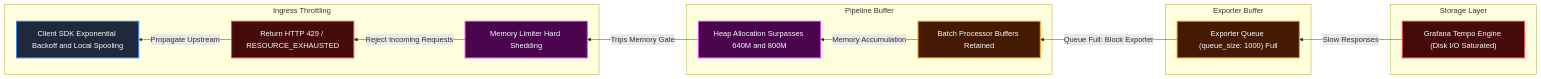
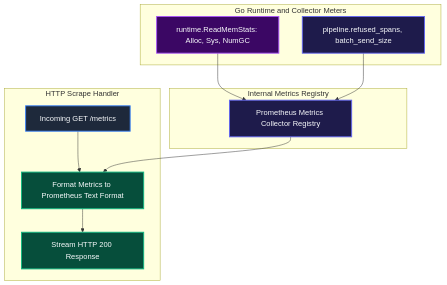
Before and after one commit to Chief-Strategist-J/llm-obs-infra: diagram 18 of 22 in docs/configDoc/otel-collector-configuration-guide.md, drawn with Mermaid. The commit also changed other lines of this file, not shown here.

First line of the commit message:
docs(otel-collector): complete all 40 parameters and add HLD/LLD designs across every section

````diff
--- a/docs/configDoc/otel-collector-configuration-guide.md
+++ b/docs/configDoc/otel-collector-configuration-guide.md
@@ -1104,36 +1557,26 @@
 ```mermaid
-graph RL
-    subgraph DownstreamStorage ["Storage Layer"]
-        TempoEngine["Grafana Tempo Engine (Disk I/O Saturated)"]
+graph TD
+    subgraph RuntimeMeters ["Go Runtime and Collector Meters"]
+        HeapGauge["runtime.ReadMemStats: Alloc, Sys, NumGC"]
+        SpanCounters["pipeline.refused_spans, batch_send_size"]
     end
 
-    subgraph ExporterQueue ["Exporter Buffer"]
-        SendingQueue["Exporter Queue (queue_size: 1000) Full"]
+    subgraph OpenTelemetryMetricsRegistry ["Internal Metrics Registry"]
+        Registry["Prometheus Metrics Collector Registry"]
+        HeapGauge --> Registry
+        SpanCounters --> Registry
     end
 
-    subgraph PipelineStall ["Pipeline Buffer"]
-        BatchStall["Batch Processor Buffers Retained"]
-        MemGrow["Heap Allocation Surpasses 640M and 800M"]
+    subgraph HTTPScrapeEndpoint ["HTTP Scrape Handler"]
+        ScrapeReq["Incoming GET /metrics"] --> Formatter["Format Metrics to Prometheus Text Format"]
+        Registry --> Formatter
+        Formatter --> StreamResp["Stream HTTP 200 Response"]
     end
 
-    subgraph IngressBackpressure ["Ingress Throttling"]
-        LimiterBlock["Memory Limiter Hard Shedding"]
-        HTTP429["Return HTTP 429 / RESOURCE_EXHAUSTED"]
-        ClientBackoff["Client SDK Exponential Backoff and Local Spooling"]
-    end
-
-    TempoEngine -->|Slow Responses| SendingQueue
-    SendingQueue -->|Queue Full: Block Exporter| BatchStall
-    BatchStall -->|Memory Accumulation| MemGrow
-    MemGrow -->|Trips Memory Gate| LimiterBlock
-    LimiterBlock -->|Reject Incoming Requests| HTTP429
-    HTTP429 -->|Propagate Upstream| ClientBackoff
-
-    style TempoEngine fill:#450a0a,stroke:#ef4444,stroke-width:2px,color:#f8fafc
-    style SendingQueue fill:#451a03,stroke:#f59e0b,stroke-width:2px,color:#f8fafc
-    style BatchStall fill:#451a03,stroke:#f59e0b,stroke-width:2px,color:#f8fafc
-    style MemGrow fill:#4a044e,stroke:#d946ef,stroke-width:2px,color:#f8fafc
-    style LimiterBlock fill:#4a044e,stroke:#d946ef,stroke-width:2px,color:#f8fafc
-    style HTTP429 fill:#450a0a,stroke:#ef4444,stroke-width:2px,color:#f8fafc
-    style ClientBackoff fill:#1e293b,stroke:#3b82f6,stroke-width:2px,color:#f8fafc
+    style HeapGauge fill:#3b0764,stroke:#a855f7,stroke-width:2px,color:#f8fafc
+    style SpanCounters fill:#1e1b4b,stroke:#6366f1,stroke-width:2px,color:#f8fafc
+    style Registry fill:#1e1b4b,stroke:#6366f1,stroke-width:2px,color:#f8fafc
+    style ScrapeReq fill:#1e293b,stroke:#3b82f6,stroke-width:2px,color:#f8fafc
+    style Formatter fill:#064e3b,stroke:#10b981,stroke-width:2px,color:#f8fafc
+    style StreamResp fill:#064e3b,stroke:#10b981,stroke-width:2px,color:#f8fafc
 ```
````
